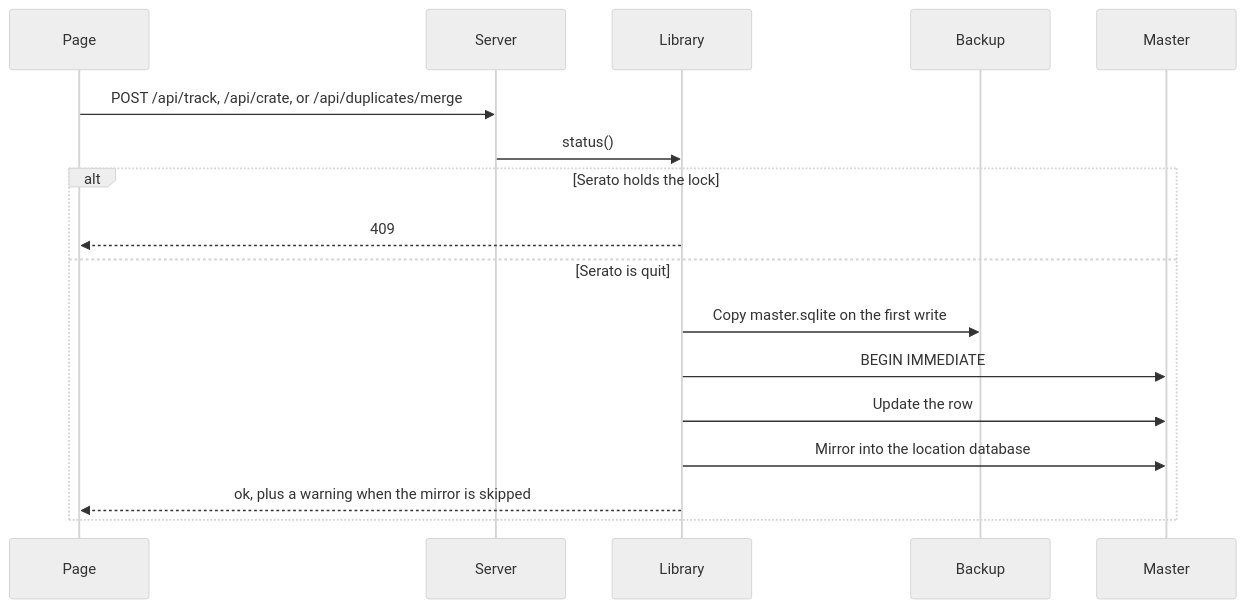
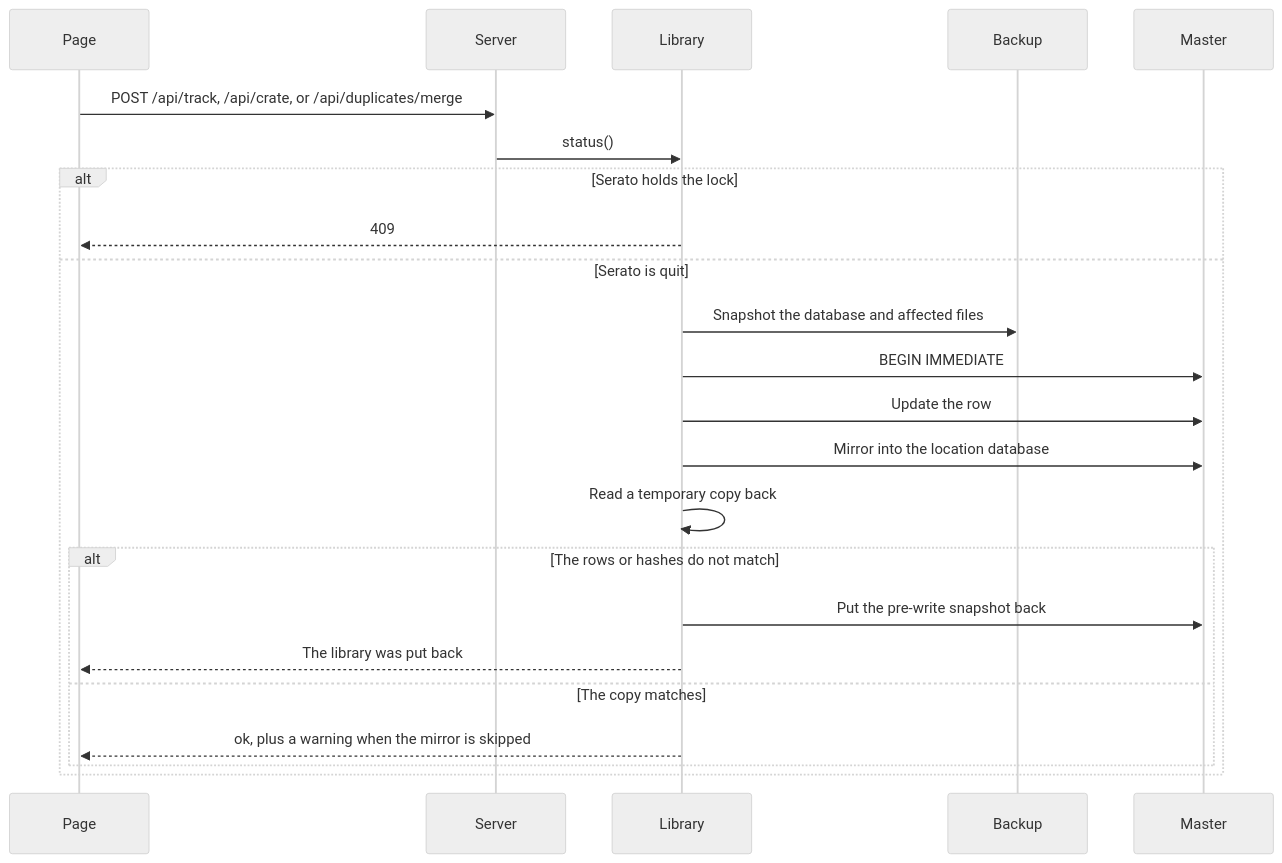
The second of 2 diagrams in docs/architecture.md (mookiejones/serato-library-manager), drawn with Mermaid (neutral theme) before and after one commit. The commit also changed other lines of this file and 11 other files, not shown here.

First line of the commit message:
Verify each library write and roll it back on a mismatch.

````diff
--- a/docs/architecture.md
+++ b/docs/architecture.md
@@ -319,20 +321,26 @@
 ```mermaid
 sequenceDiagram
 participant Page
 participant Server
 participant Library
 participant Backup
 participant Master
 
 Page->>Server: POST /api/track, /api/crate, or /api/duplicates/merge
 Server->>Library: status()
 alt Serato holds the lock
 Library-->>Page: 409
 else Serato is quit
-Library->>Backup: Copy master.sqlite on the first write
+Library->>Backup: Snapshot the database and affected files
 Library->>Master: BEGIN IMMEDIATE
 Library->>Master: Update the row
 Library->>Master: Mirror into the location database
+Library->>Library: Read a temporary copy back
+alt The rows or hashes do not match
+Library->>Master: Put the pre-write snapshot back
+Library-->>Page: The library was put back
+else The copy matches
 Library-->>Page: ok, plus a warning when the mirror is skipped
 end
+end
 ```
````
